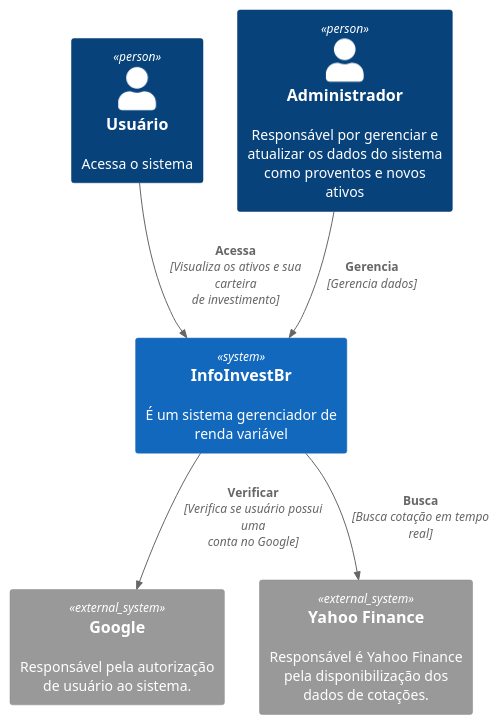
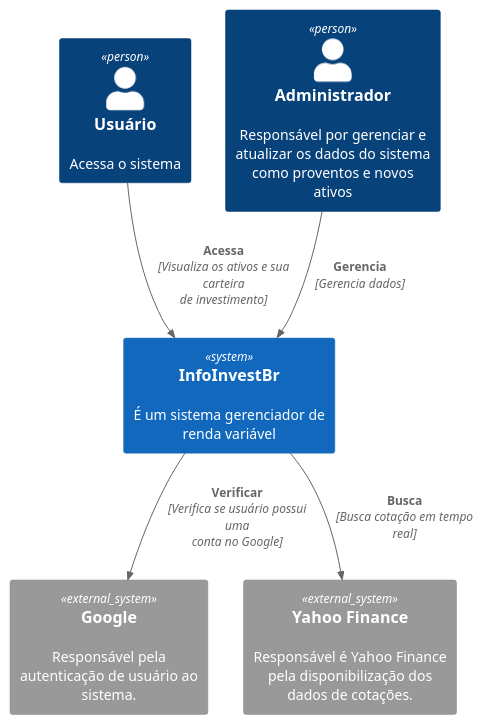
Before and after one commit to EduardoSampaio/infoinvestbr: the diagram in docs/contexto.plantuml, drawn with PlantUML. The commit also changed 3 other files, not shown here.

```diff
--- a/docs/contexto.plantuml
+++ b/docs/contexto.plantuml
@@ -1,15 +1,15 @@
 @startuml DiagramaContexto
 !include https://raw.githubusercontent.com/plantuml-stdlib/C4-PlantUML/master/C4_Context.puml
 
 Person(personAlias, "Usuário", "Acessa o sistema")
 System(applicacao, "InfoInvestBr", "É um sistema gerenciador de renda variável")
-System_Ext(autoricaoGoogle, "Google", "Responsável pela autorização de usuário ao sistema.")
+System_Ext(autoricaoGoogle, "Google", "Responsável pela autenticação de usuário ao sistema.")
 System_Ext(yahooFinance, "Yahoo Finance", "Responsável é Yahoo Finance  pela disponibilização dos dados de cotações.")
 Person(admin, "Administrador" , "Responsável por gerenciar e atualizar os dados do sistema como proventos e novos ativos")
 
 
 Rel(personAlias, applicacao, "Acessa", "Visualiza os ativos e sua carteira de investimento")
 Rel(applicacao,autoricaoGoogle, "Verificar", "Verifica se usuário possui uma conta no Google")
 Rel(applicacao,yahooFinance, "Busca", "Busca cotação em tempo real")
 Rel(admin, applicacao, "Gerencia", "Gerencia dados")
 @endumls
```
